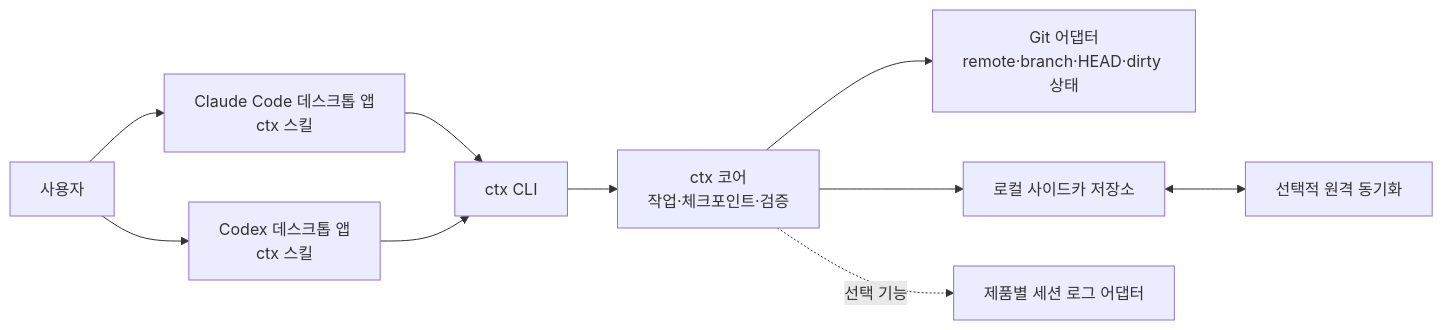
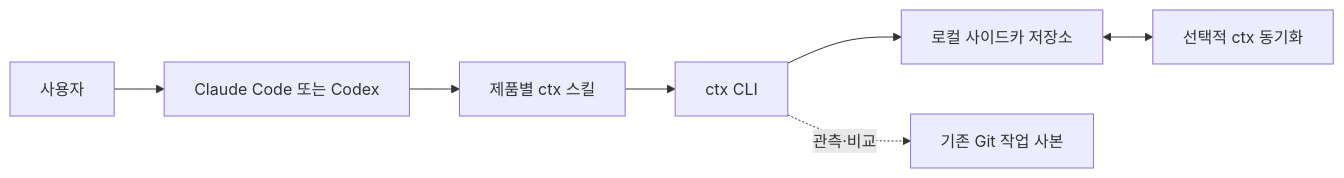
Before and after one commit to robinjoon/ai-kit: the diagram in README.md, drawn with Mermaid. The commit also changed other lines of this file, not shown here.

Commit message:
docs: define skills and CLI surface

````diff
--- a/README.md
+++ b/README.md
@@ -32,12 +9,9 @@
 ```mermaid
 flowchart LR
-    U["사용자"] --> C["Claude Code 데스크톱 앱\nctx 스킬"]
-    U --> X["Codex 데스크톱 앱\nctx 스킬"]
-    C --> CLI["ctx CLI"]
-    X --> CLI
-    CLI --> CORE["ctx 코어\n작업·체크포인트·검증"]
-    CORE --> GIT["Git 어댑터\nremote·branch·HEAD·dirty 상태"]
-    CORE --> STORE["로컬 사이드카 저장소"]
-    STORE <--> SYNC["선택적 원격 동기화"]
-    CORE -. 선택 기능 .-> LOG["제품별 세션 로그 어댑터"]
+    U["사용자"] --> A["Claude Code 또는 Codex"]
+    A --> S["제품별 ctx 스킬"]
+    S --> CLI["ctx CLI"]
+    CLI --> STORE["로컬 사이드카 저장소"]
+    CLI -. "관측·비교" .-> GIT["기존 Git 작업 사본"]
+    STORE <--> SYNC["선택적 ctx 동기화"]
 ```
````
